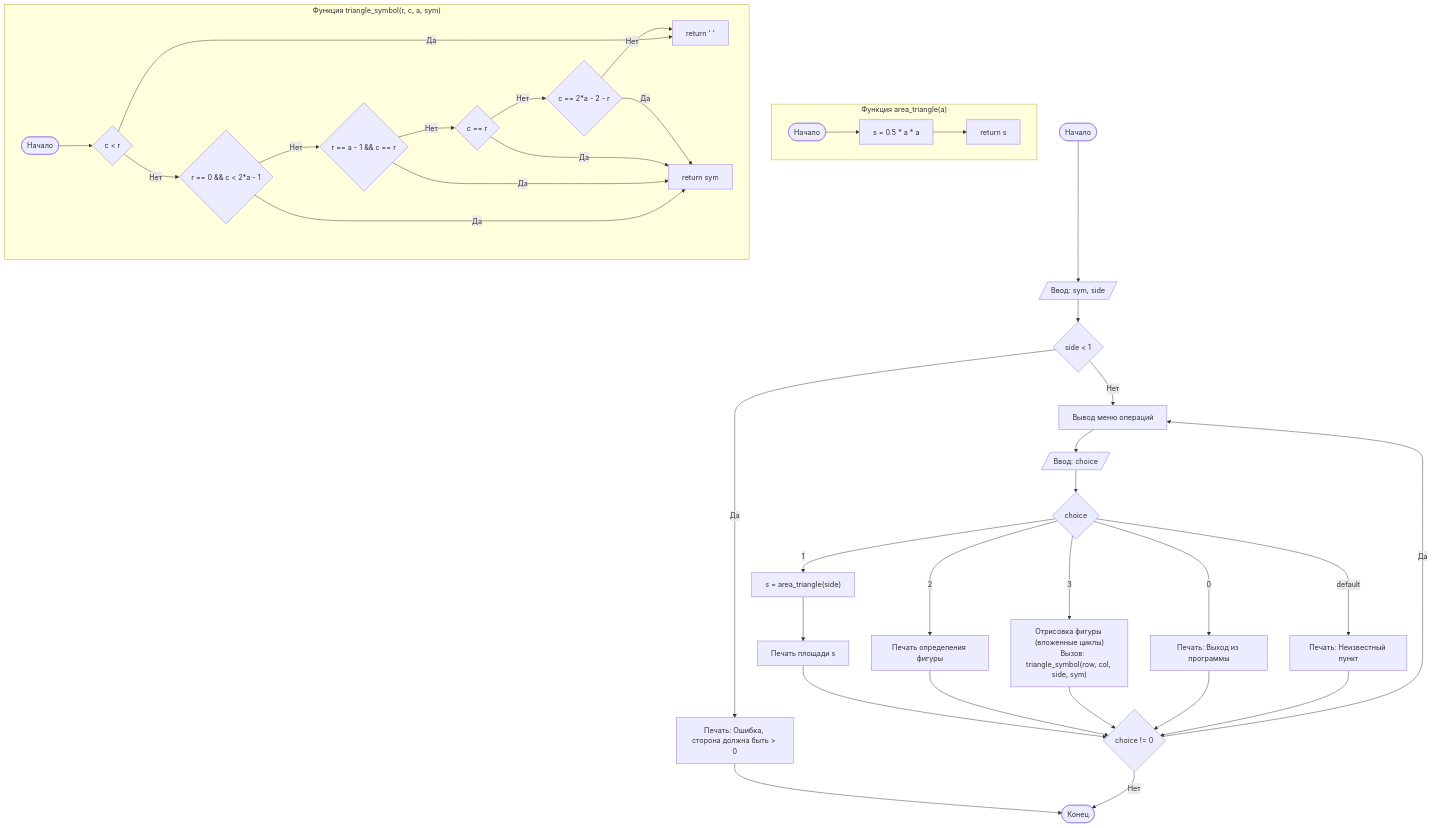
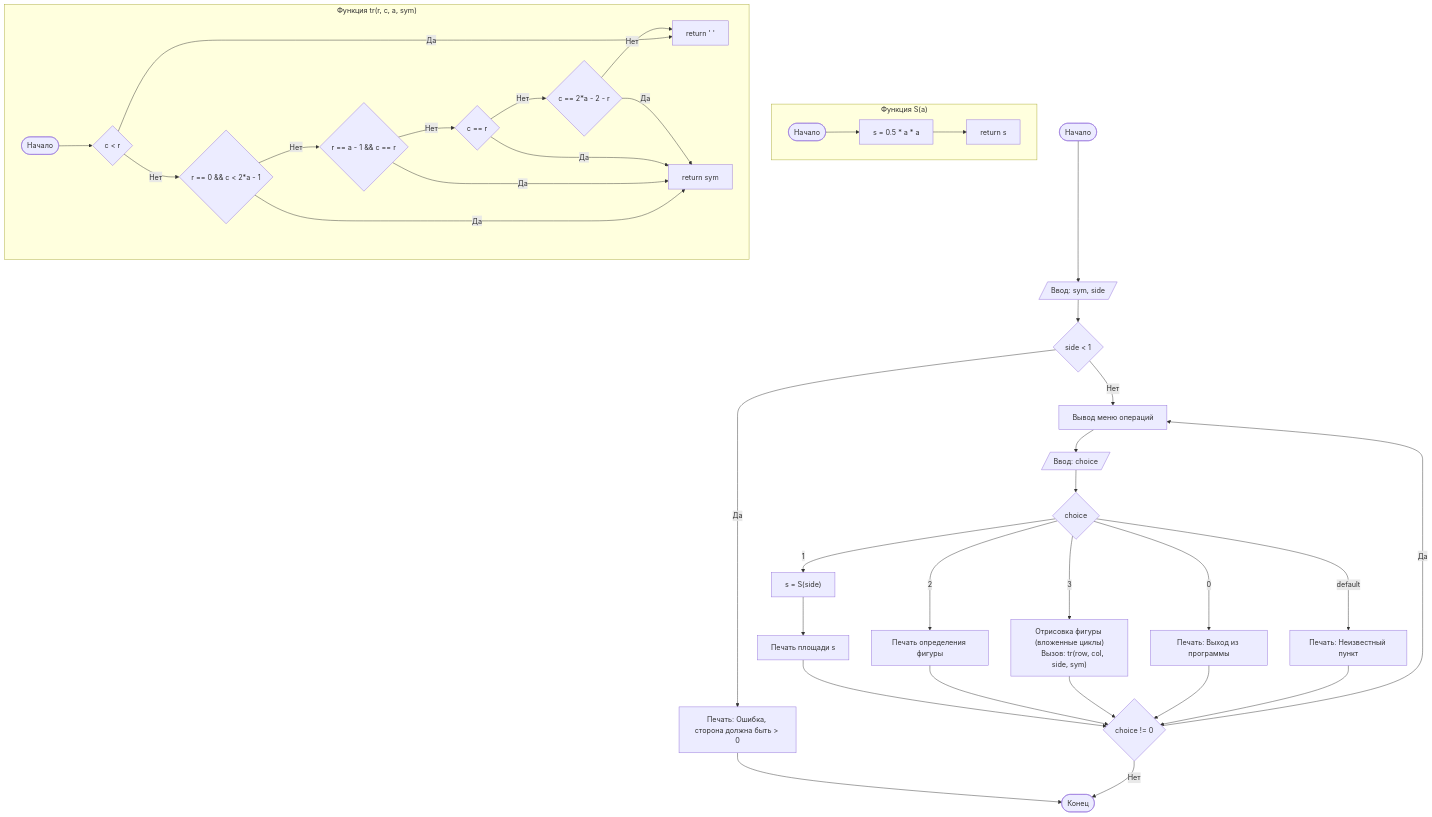
The diagram in README.md (Annarioos/Lab10), drawn with Mermaid before and after one commit.

````diff
--- a/README.md
+++ b/README.md
@@ -1,58 +1,58 @@
 ```mermaid
 graph TD
     Start([Начало]) --> InputData[/Ввод: sym, side/]
     
     InputData --> CheckSide{"side < 1"}
     CheckSide -->|Да| Error["Печать: Ошибка, сторона должна быть > 0"]
     Error --> End([Конец])
 
     CheckSide -->|Нет| Menu["Вывод меню операций"]
     Menu --> InputChoice[/Ввод: choice/]
     
     InputChoice --> Switch{"choice"}
 
-    Switch -->|1| Case1["s = area_triangle(side)"]
+    Switch -->|1| Case1["s = S(side)"]
     Case1 --> PrintS["Печать площади s"]
     PrintS --> LoopCond
 
     Switch -->|2| Case2["Печать определения фигуры"]
     Case2 --> LoopCond
 
     Switch -->|3| Case3["Отрисовка фигуры (вложенные циклы)
-    Вызов: triangle_symbol(row, col, side, sym)"]
+    Вызов: tr(row, col, side, sym)"]
     Case3 --> LoopCond
     
     Switch -->|0| Case0["Печать: Выход из программы"]
     Case0 --> LoopCond
     
     Switch -->|default| CaseDef["Печать: Неизвестный пункт"]
     CaseDef --> LoopCond
 
     LoopCond{"choice != 0"}
     LoopCond -->|Да| Menu
     LoopCond -->|Нет| End
 
-    subgraph "Функция area_triangle(a)"
+    subgraph "Функция S(a)"
         F1_Start([Начало]) --> F1_Calc["s = 0.5 * a * a"]
         F1_Calc --> F1_Ret["return s"]
     end
 
-    subgraph "Функция triangle_symbol(r, c, a, sym)"
+    subgraph "Функция tr(r, c, a, sym)"
         F2_Start([Начало]) --> F2_Cond1{"c < r"}
         F2_Cond1 -->|Да| F2_RetSpace[return ' ']
         
         F2_Cond1 -->|Нет| F2_Cond2{"r == 0 && c < 2*a - 1"}
         F2_Cond2 -->|Да| F2_RetSym[return sym]
         
         F2_Cond2 -->|Нет| F2_Cond3{"r == a - 1 && c == r"}
         F2_Cond3 -->|Да| F2_RetSym
         
         F2_Cond3 -->|Нет| F2_Cond4{"c == r"}
         F2_Cond4 -->|Да| F2_RetSym
         
         F2_Cond4 -->|Нет| F2_Cond5{"c == 2*a - 2 - r"}
         F2_Cond5 -->|Да| F2_RetSym
         
         F2_Cond5 -->|Нет| F2_RetSpace
     end
 ```
````
